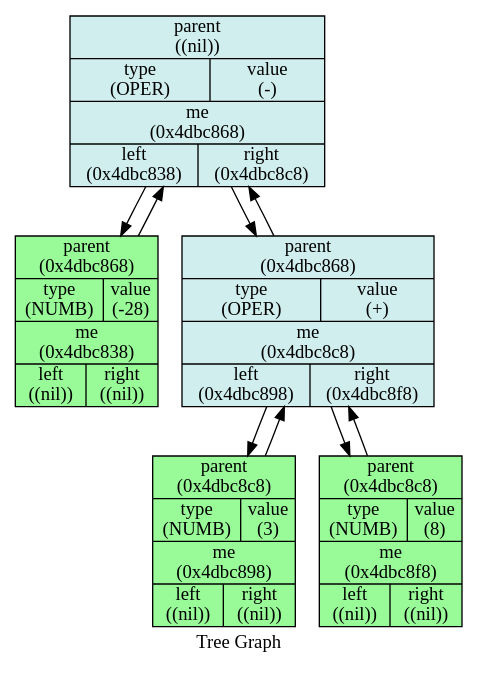
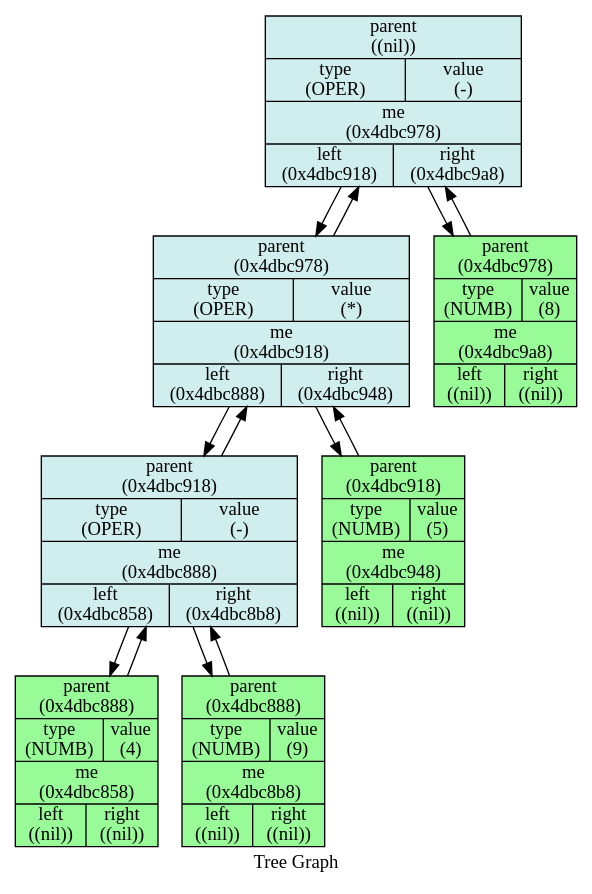
One commit to StaVan28/iLab changed the diagram in 8_differentiator/Txt/dump_tree_db.dot. Above: the diagram before and after it, drawn with Graphviz. The commit also changed 12 other files, not shown here.

```diff
--- a/8_differentiator/Txt/dump_tree_db.dot
+++ b/8_differentiator/Txt/dump_tree_db.dot
@@ -1,30 +1,40 @@
 digraph Tree {
 
     node [shape = "circle", style = "filled", fillcolor = "red",fontcolor = "#000000", margin = "0.01"];
     rankdir = "TB";
     label   = "Tree Graph";
 
-    "_0x4dbc868" [label = "{ {parent\n ((nil))} | {type \n (OPER) | value\n (-)}| {me\n (0x4dbc868)} | {left\n (0x4dbc838) | right\n (0x4dbc8c8)} }",fillcolor = "lightcyan2", shape = "record"];
-    "_0x4dbc868"->"_0x4dbc838";
-    "_0x4dbc868"->"_0x4dbc8c8";
+    "_0x4dbc978" [label = "{ {parent\n ((nil))} | {type \n (OPER) | value\n (-)}| {me\n (0x4dbc978)} | {left\n (0x4dbc918) | right\n (0x4dbc9a8)} }",fillcolor = "lightcyan2", shape = "record"];
+    "_0x4dbc978"->"_0x4dbc918";
+    "_0x4dbc978"->"_0x4dbc9a8";
 
 
-    "_0x4dbc838" [label = "{ {parent\n (0x4dbc868)} | {type \n (NUMB) | value\n (-28)}| {me\n (0x4dbc838)} | {left\n ((nil)) | right\n ((nil))} }",fillcolor = "palegreen", shape = "record"];
-    "_0x4dbc838"->"_0x4dbc868";
+    "_0x4dbc918" [label = "{ {parent\n (0x4dbc978)} | {type \n (OPER) | value\n (*)}| {me\n (0x4dbc918)} | {left\n (0x4dbc888) | right\n (0x4dbc948)} }",fillcolor = "lightcyan2", shape = "record"];
+    "_0x4dbc918"->"_0x4dbc978";
+    "_0x4dbc918"->"_0x4dbc888";
+    "_0x4dbc918"->"_0x4dbc948";
 
 
-    "_0x4dbc8c8" [label = "{ {parent\n (0x4dbc868)} | {type \n (OPER) | value\n (+)}| {me\n (0x4dbc8c8)} | {left\n (0x4dbc898) | right\n (0x4dbc8f8)} }",fillcolor = "lightcyan2", shape = "record"];
-    "_0x4dbc8c8"->"_0x4dbc868";
-    "_0x4dbc8c8"->"_0x4dbc898";
-    "_0x4dbc8c8"->"_0x4dbc8f8";
+    "_0x4dbc888" [label = "{ {parent\n (0x4dbc918)} | {type \n (OPER) | value\n (-)}| {me\n (0x4dbc888)} | {left\n (0x4dbc858) | right\n (0x4dbc8b8)} }",fillcolor = "lightcyan2", shape = "record"];
+    "_0x4dbc888"->"_0x4dbc918";
+    "_0x4dbc888"->"_0x4dbc858";
+    "_0x4dbc888"->"_0x4dbc8b8";
 
 
-    "_0x4dbc898" [label = "{ {parent\n (0x4dbc8c8)} | {type \n (NUMB) | value\n (3)}| {me\n (0x4dbc898)} | {left\n ((nil)) | right\n ((nil))} }",fillcolor = "palegreen", shape = "record"];
-    "_0x4dbc898"->"_0x4dbc8c8";
+    "_0x4dbc858" [label = "{ {parent\n (0x4dbc888)} | {type \n (NUMB) | value\n (4)}| {me\n (0x4dbc858)} | {left\n ((nil)) | right\n ((nil))} }",fillcolor = "palegreen", shape = "record"];
+    "_0x4dbc858"->"_0x4dbc888";
 
 
-    "_0x4dbc8f8" [label = "{ {parent\n (0x4dbc8c8)} | {type \n (NUMB) | value\n (8)}| {me\n (0x4dbc8f8)} | {left\n ((nil)) | right\n ((nil))} }",fillcolor = "palegreen", shape = "record"];
-    "_0x4dbc8f8"->"_0x4dbc8c8";
+    "_0x4dbc8b8" [label = "{ {parent\n (0x4dbc888)} | {type \n (NUMB) | value\n (9)}| {me\n (0x4dbc8b8)} | {left\n ((nil)) | right\n ((nil))} }",fillcolor = "palegreen", shape = "record"];
+    "_0x4dbc8b8"->"_0x4dbc888";
+
+
+    "_0x4dbc948" [label = "{ {parent\n (0x4dbc918)} | {type \n (NUMB) | value\n (5)}| {me\n (0x4dbc948)} | {left\n ((nil)) | right\n ((nil))} }",fillcolor = "palegreen", shape = "record"];
+    "_0x4dbc948"->"_0x4dbc918";
+
+
+    "_0x4dbc9a8" [label = "{ {parent\n (0x4dbc978)} | {type \n (NUMB) | value\n (8)}| {me\n (0x4dbc9a8)} | {left\n ((nil)) | right\n ((nil))} }",fillcolor = "palegreen", shape = "record"];
+    "_0x4dbc9a8"->"_0x4dbc978";
 
 
 }
```
